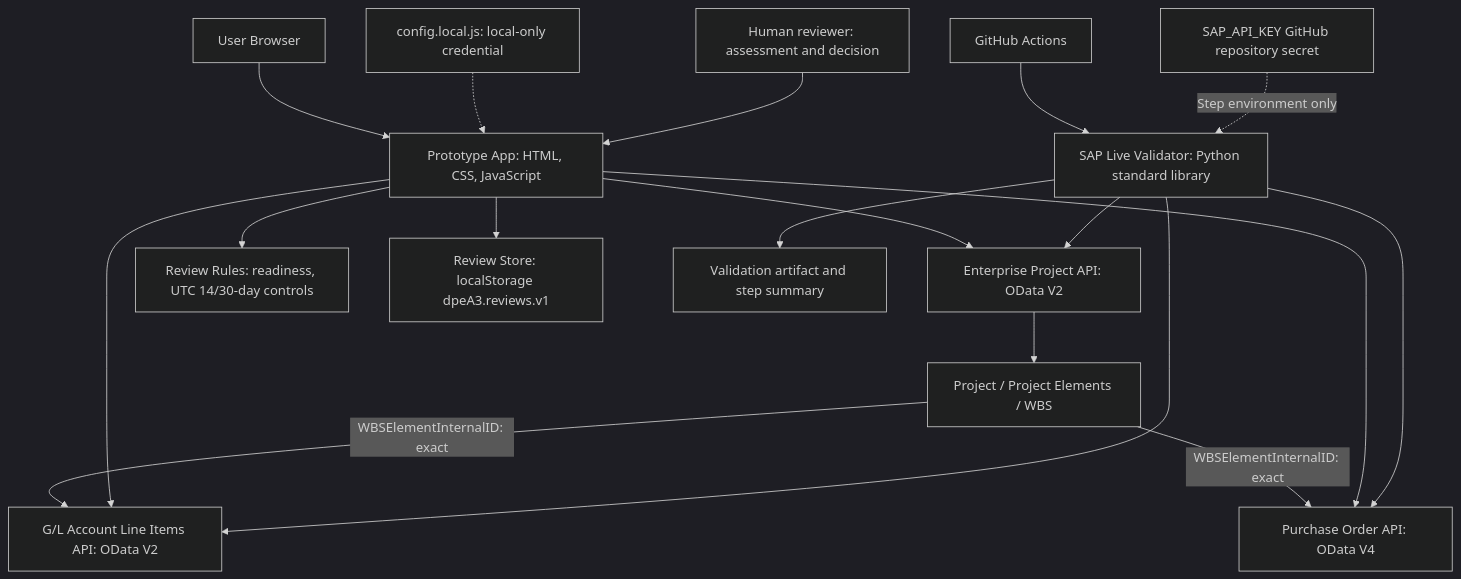
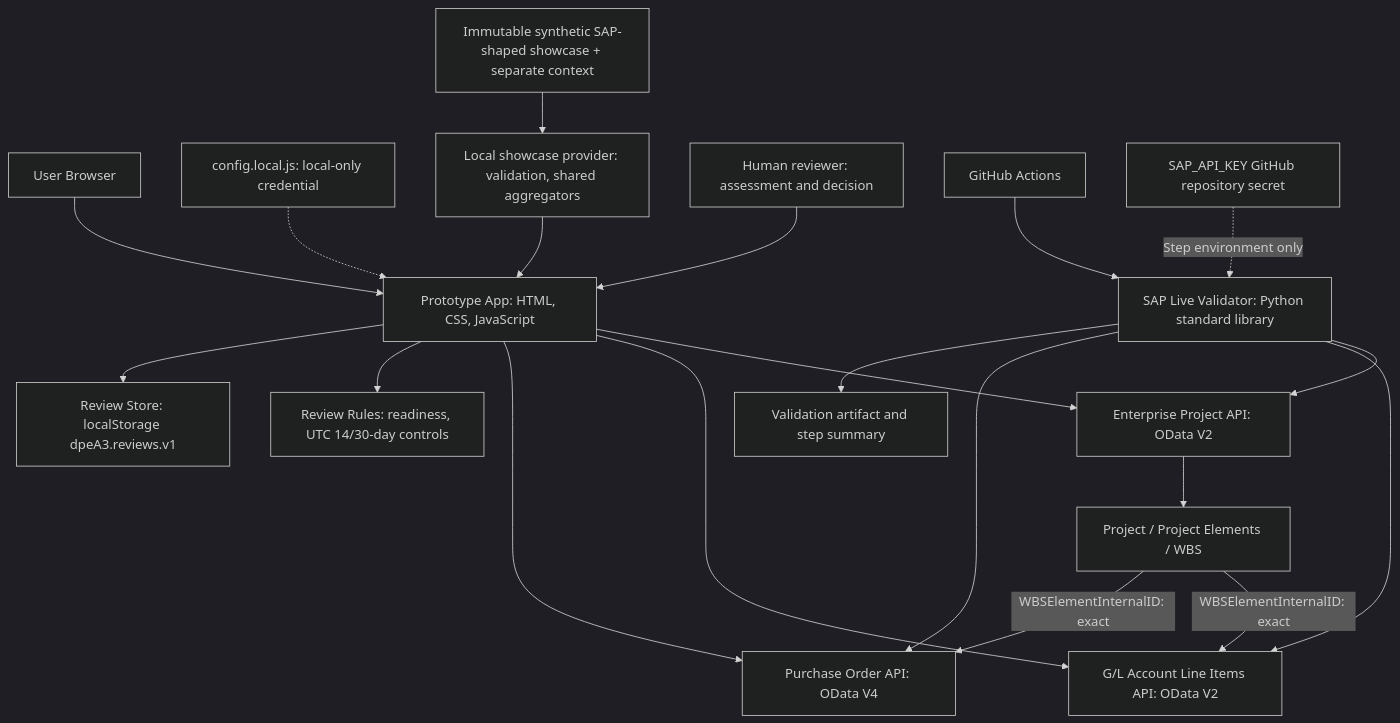
One commit to zli806/infosys704-a3 changed the diagram in docs/ARCHITECTURE.md. Above: the diagram before and after it, drawn with Mermaid (dark theme). The commit also changed other lines of this file and 26 other files, not shown here.

Commit message:
Add SAP-compatible showcase portfolio for governance review

````diff
--- a/docs/ARCHITECTURE.md
+++ b/docs/ARCHITECTURE.md
@@ -11,20 +11,22 @@
 ```mermaid
 flowchart TD
     Browser["User Browser"] --> App["Prototype App: HTML, CSS, JavaScript"]
     Local["config.local.js: local-only credential"] -.-> App
     App --> EP["Enterprise Project API: OData V2"]
     EP --> Lifecycle["Project / Project Elements / WBS"]
     Lifecycle -->|"WBSElementInternalID: exact"| GL["G/L Account Line Items API: OData V2"]
     Lifecycle -->|"WBSElementInternalID: exact"| PO["Purchase Order API: OData V4"]
     App --> GL
     App --> PO
+    Fixture["Immutable synthetic SAP-shaped showcase + separate context"] --> Provider["Local showcase provider: validation, shared aggregators"]
+    Provider --> App
     App --> Rules["Review Rules: readiness, UTC 14/30-day controls"]
     App --> Store["Review Store: localStorage dpeA3.reviews.v1"]
     Reviewer["Human reviewer: assessment and decision"] --> App
     Actions["GitHub Actions"] --> Validator["SAP Live Validator: Python standard library"]
     Secret["SAP_API_KEY GitHub repository secret"] -.->|"Step environment only"| Validator
     Validator --> EP
     Validator --> GL
     Validator --> PO
     Validator --> Reports["Validation artifact and step summary"]
 ```
````
